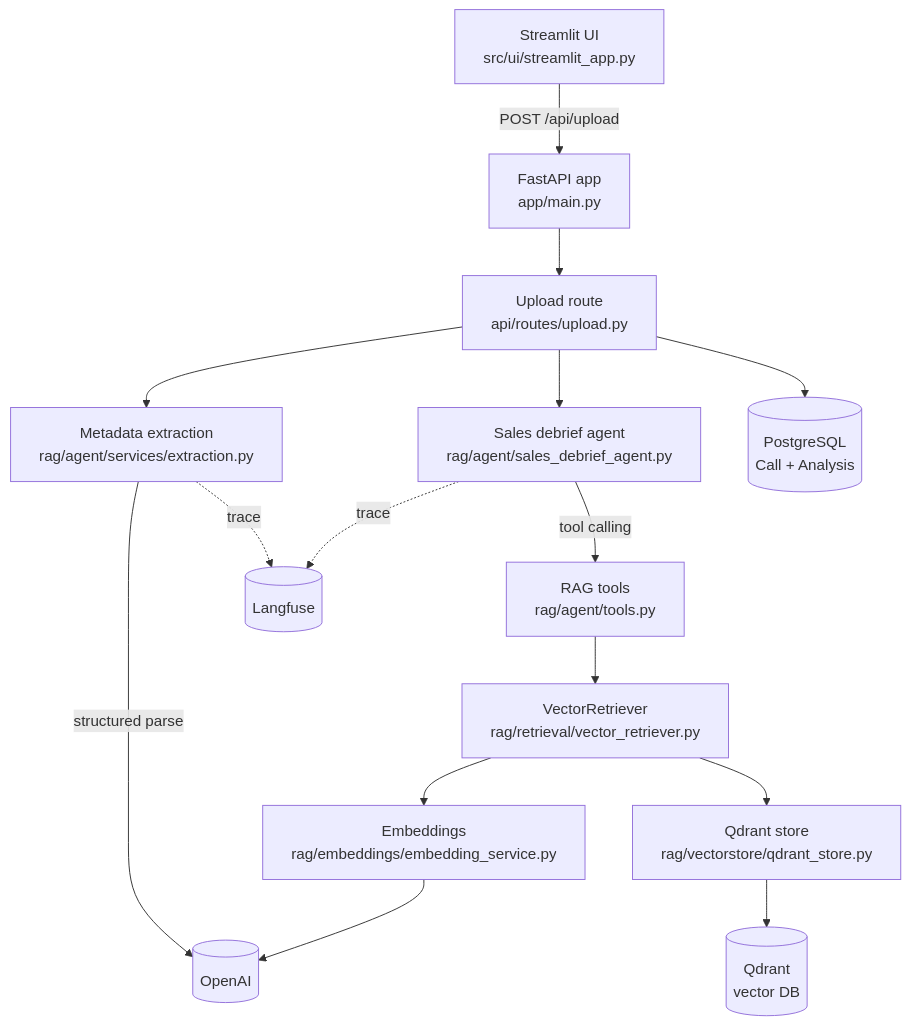
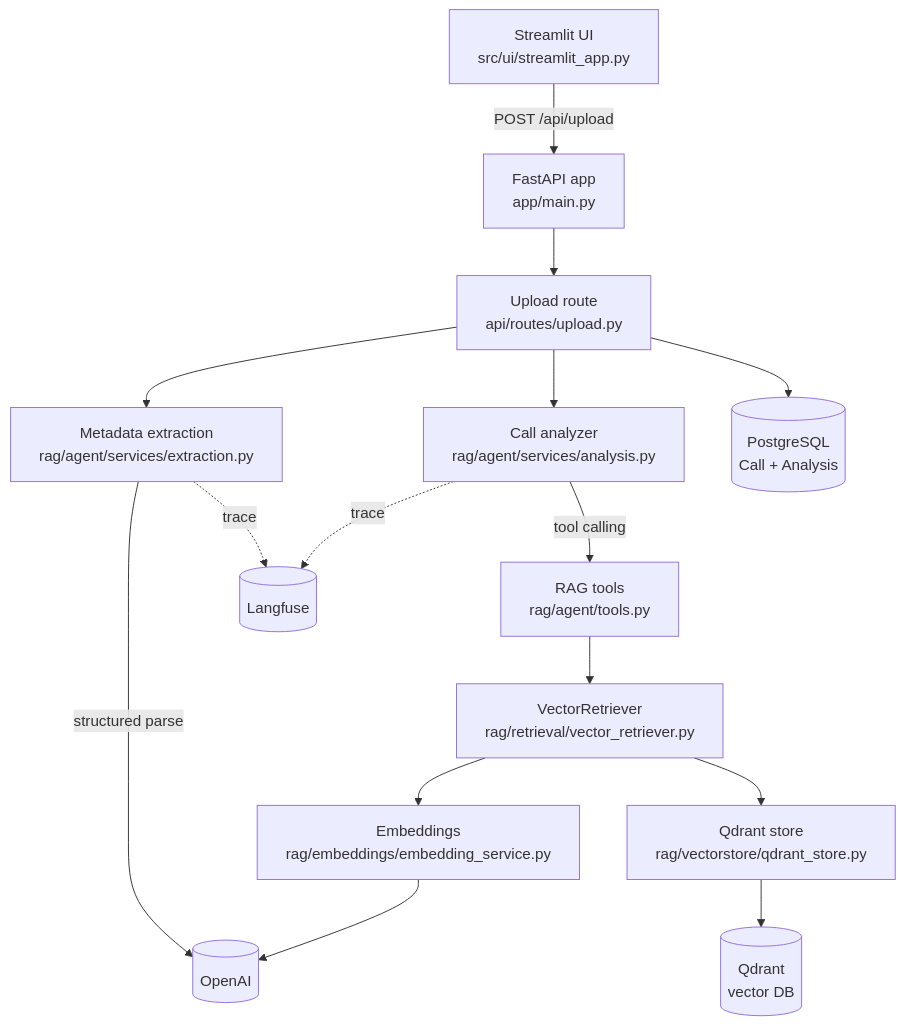
Before and after one commit to nstonny/sales-call-debrief-agent: the diagram in README.md, drawn with Mermaid. The commit also changed other lines of this file and 4 other files, not shown here.

First line of the commit message:
refactor(agent): move analyzer to services/analysis.py and drop alias

````diff
--- a/README.md
+++ b/README.md
@@ -34,21 +34,21 @@
 ```mermaid
 flowchart TD
     UI["Streamlit UI<br/>src/ui/streamlit_app.py"] -->|"POST /api/upload"| API["FastAPI app<br/>app/main.py"]
     API --> Route["Upload route<br/>api/routes/upload.py"]
 
     Route --> Extract["Metadata extraction<br/>rag/agent/services/extraction.py"]
-    Route --> Agent["Sales debrief agent<br/>rag/agent/sales_debrief_agent.py"]
+    Route --> Agent["Call analyzer<br/>rag/agent/services/analysis.py"]
     Route --> DB[("PostgreSQL<br/>Call + Analysis")]
 
     Agent -->|"tool calling"| Tools["RAG tools<br/>rag/agent/tools.py"]
     Tools --> Retriever["VectorRetriever<br/>rag/retrieval/vector_retriever.py"]
     Retriever --> Embed["Embeddings<br/>rag/embeddings/embedding_service.py"]
     Retriever --> Store["Qdrant store<br/>rag/vectorstore/qdrant_store.py"]
     Store --> Qdrant[("Qdrant<br/>vector DB")]
 
     Extract -->|"structured parse"| OpenAI[("OpenAI")]
     Embed --> OpenAI
 
     Extract -. "trace" .-> LF[("Langfuse")]
     Agent -. "trace" .-> LF
 ```
````
